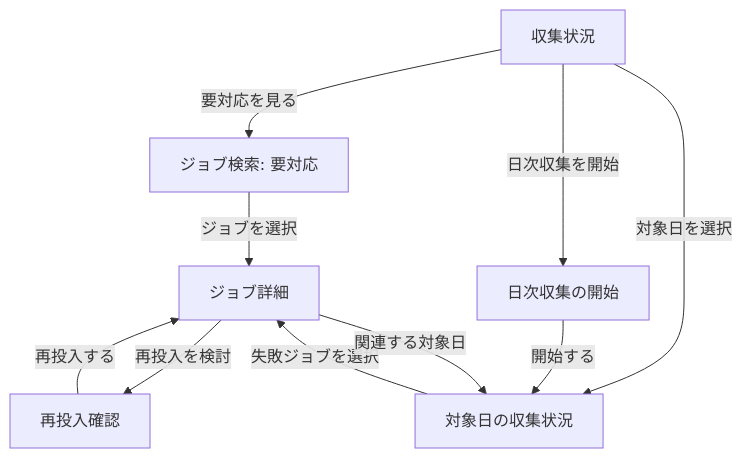
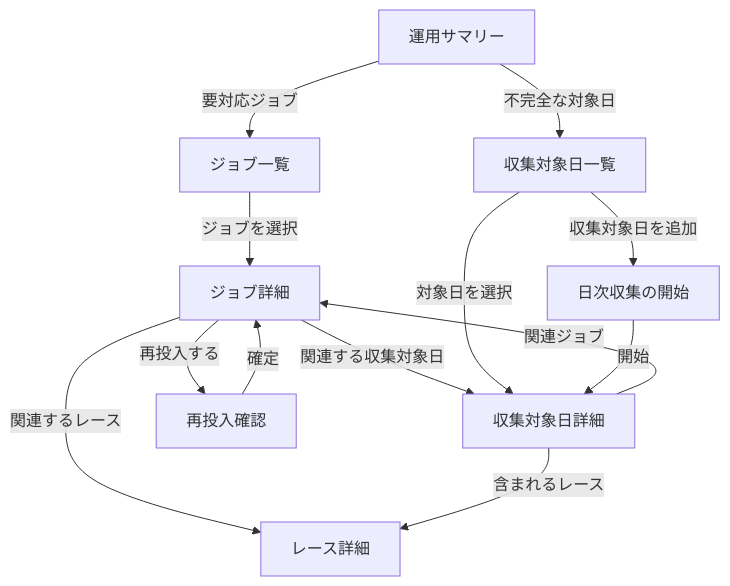
The second of 2 diagrams in docs/admin-ui-design.md (chameleonhead/HorseRacingPrediction), drawn with Mermaid before and after one commit. The commit also changed other lines of this file, not shown here.

````diff
--- a/docs/admin-ui-design.md
+++ b/docs/admin-ui-design.md
@@ -107,12 +171,15 @@
 ```mermaid
 flowchart TD
-    A[収集状況] -->|要対応を見る| B[ジョブ検索: 要対応]
-    A -->|対象日を選択| C[対象日の収集状況]
-    A -->|日次収集を開始| D[日次収集の開始]
-    B -->|ジョブを選択| E[ジョブ詳細]
-    C -->|失敗ジョブを選択| E
-    E -->|再投入を検討| F[再投入確認]
-    F -->|再投入する| E
-    D -->|開始する| C
-    E -->|関連する対象日| C
+    A[ジョブ一覧] -->|ジョブを選択| B[ジョブ詳細]
+    B -->|関連する収集対象日| C[収集対象日詳細]
+    B -->|関連するレース| D[レース詳細]
+    B -->|再投入する| E[再投入確認]
+    E -->|確定| B
+    F[収集対象日一覧] -->|対象日を選択| C
+    F -->|収集対象日を追加| G[日次収集の開始]
+    G -->|開始| C
+    C -->|関連ジョブ| B
+    C -->|含まれるレース| D
+    H[運用サマリー] -->|要対応ジョブ| A
+    H -->|不完全な対象日| F
 ```
````
